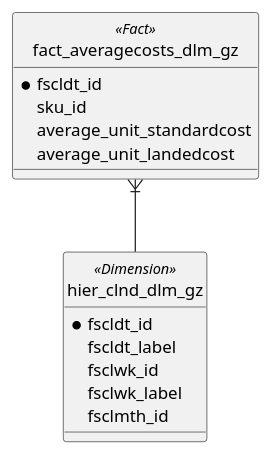
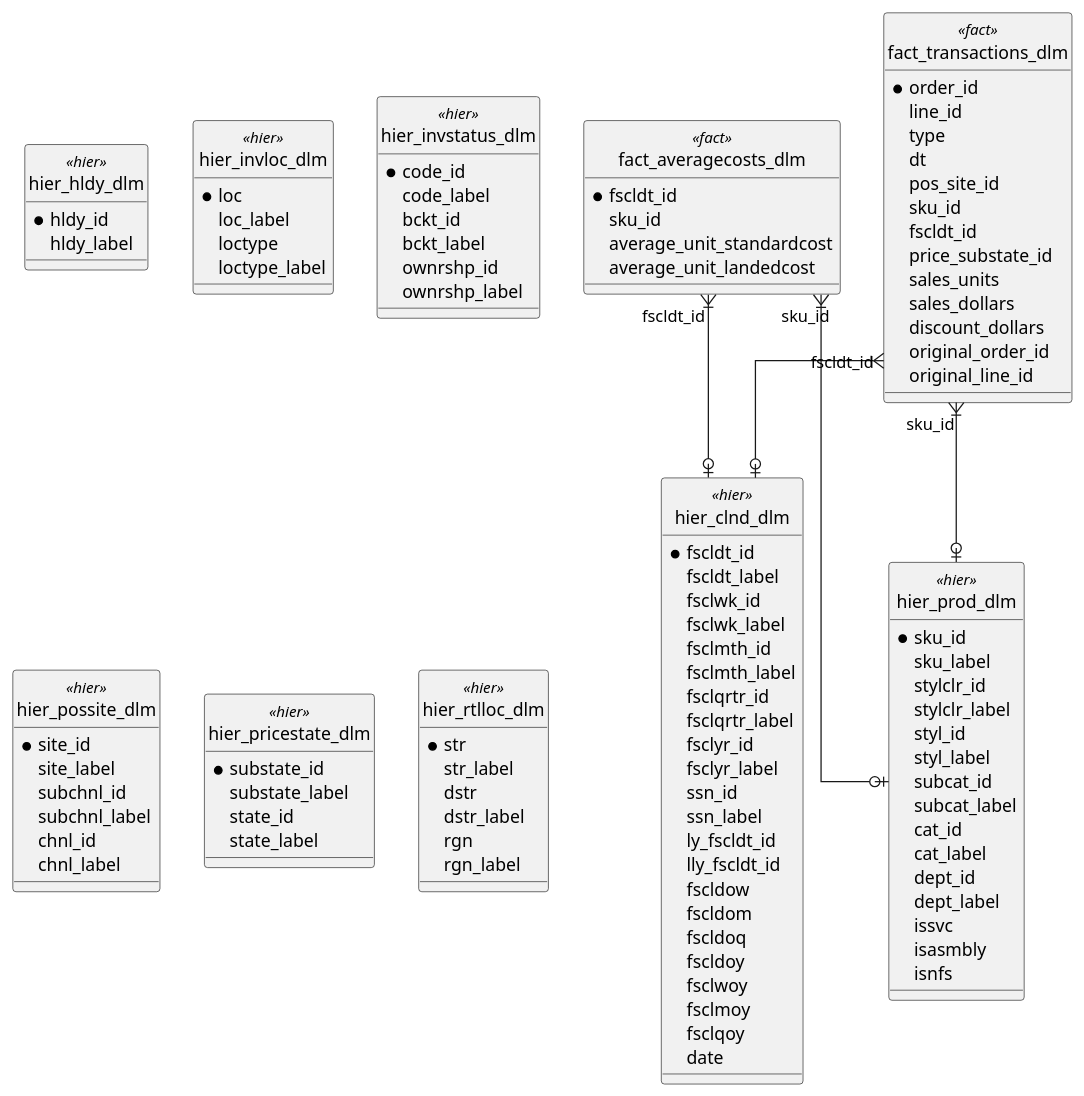
One commit to peaskipper/ETL_challenge changed the diagram in output_obj/er_diagram.puml. Above: the diagram before and after it, drawn with PlantUML. The commit also changed 3 other files, not shown here.

Commit message:
Updated puml writer class and validated basic formatting in output ERD

```diff
--- a/output_obj/er_diagram.puml
+++ b/output_obj/er_diagram.puml
@@ -1,25 +1,123 @@
 @startuml
 hide circle
+top to bottom direction
+skinparam dpi 100
+skinparam defaultTextAlignment left
 skinparam linetype ortho
 skinparam shadowing false
 skinparam entity {
-  BackgroundColor<<Fact>> #FDF6E3
-  BackgroundColor<<Dimension>> #E6F7FF
-}
-entity "fact_averagecosts_dlm_gz" <<Fact>> {
-  * fscldt_id
-  sku_id
-  average_unit_standardcost
-  average_unit_landedcost
-}
-entity "hier_clnd_dlm_gz" <<Dimension>> {
-  * fscldt_id
-  fscldt_label
-  fsclwk_id
-  fsclwk_label
-  fsclmth_id
+BackgroundColor<<Fact>> #FDF6E3
+BackgroundColor<<Hier>> #E6F7FF
 }
 
-fact_averagecosts_dlm_gz }|-- hier_clnd_dlm_gz
+entity "fact_averagecosts_dlm" <<fact>> {
+    * fscldt_id
+		sku_id
+		average_unit_standardcost
+		average_unit_landedcost
+}
+entity "fact_transactions_dlm" <<fact>> {
+    * order_id
+		line_id
+		type
+		dt
+		pos_site_id
+		sku_id
+		fscldt_id
+		price_substate_id
+		sales_units
+		sales_dollars
+		discount_dollars
+		original_order_id
+		original_line_id
+}
+entity "hier_clnd_dlm" <<hier>> {
+    * fscldt_id
+		fscldt_label
+		fsclwk_id
+		fsclwk_label
+		fsclmth_id
+		fsclmth_label
+		fsclqrtr_id
+		fsclqrtr_label
+		fsclyr_id
+		fsclyr_label
+		ssn_id
+		ssn_label
+		ly_fscldt_id
+		lly_fscldt_id
+		fscldow
+		fscldom
+		fscldoq
+		fscldoy
+		fsclwoy
+		fsclmoy
+		fsclqoy
+		date
+}
+entity "hier_hldy_dlm" <<hier>> {
+    * hldy_id
+		hldy_label
+}
+entity "hier_invloc_dlm" <<hier>> {
+    * loc
+		loc_label
+		loctype
+		loctype_label
+}
+entity "hier_invstatus_dlm" <<hier>> {
+    * code_id
+		code_label
+		bckt_id
+		bckt_label
+		ownrshp_id
+		ownrshp_label
+}
+entity "hier_possite_dlm" <<hier>> {
+    * site_id
+		site_label
+		subchnl_id
+		subchnl_label
+		chnl_id
+		chnl_label
+}
+entity "hier_pricestate_dlm" <<hier>> {
+    * substate_id
+		substate_label
+		state_id
+		state_label
+}
+entity "hier_prod_dlm" <<hier>> {
+    * sku_id
+		sku_label
+		stylclr_id
+		stylclr_label
+		styl_id
+		styl_label
+		subcat_id
+		subcat_label
+		cat_id
+		cat_label
+		dept_id
+		dept_label
+		issvc
+		isasmbly
+		isnfs
+}
+entity "hier_rtlloc_dlm" <<hier>> {
+    * str
+		str_label
+		dstr
+		dstr_label
+		rgn
+		rgn_label
+}
+
+fact_averagecosts_dlm "fscldt_id" }|--o| hier_clnd_dlm
+fact_averagecosts_dlm "sku_id" }|--o| hier_prod_dlm
+
+fact_transactions_dlm "sku_id" }|--o| hier_prod_dlm
+fact_transactions_dlm "fscldt_id" }|--o| hier_clnd_dlm
+
 
 @enduml
```
